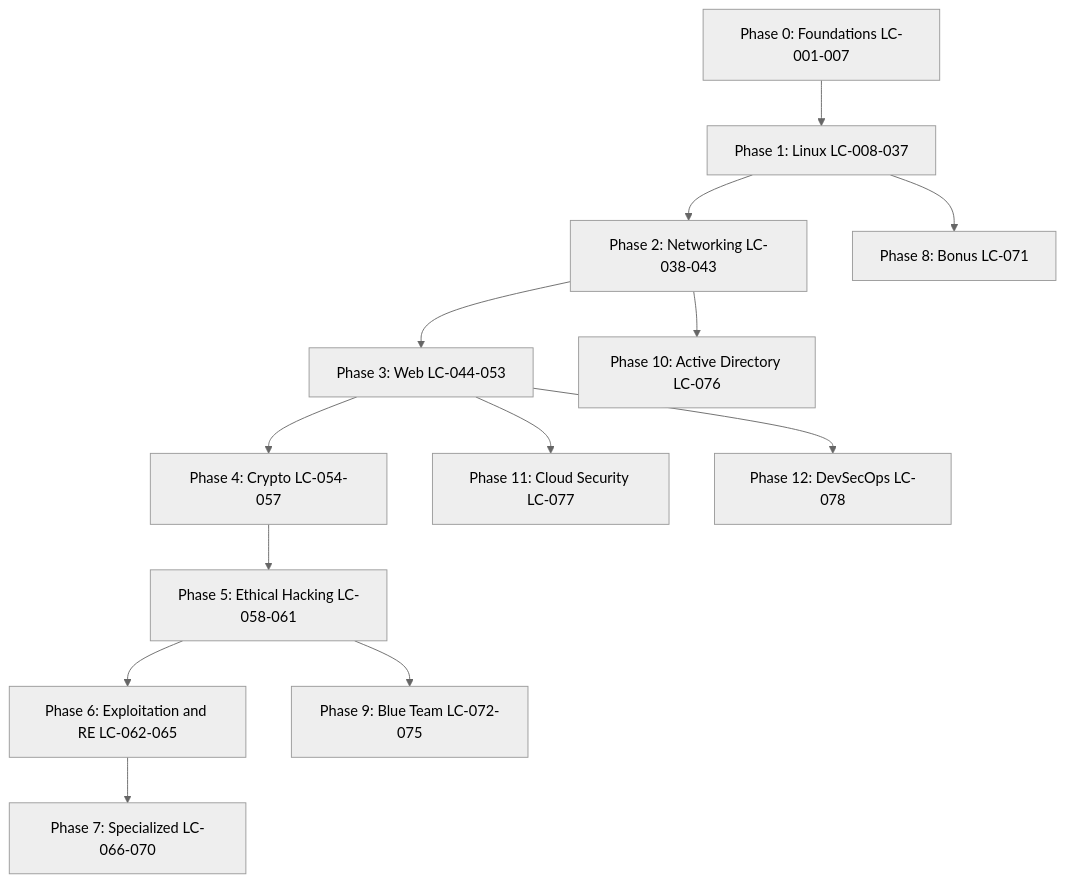
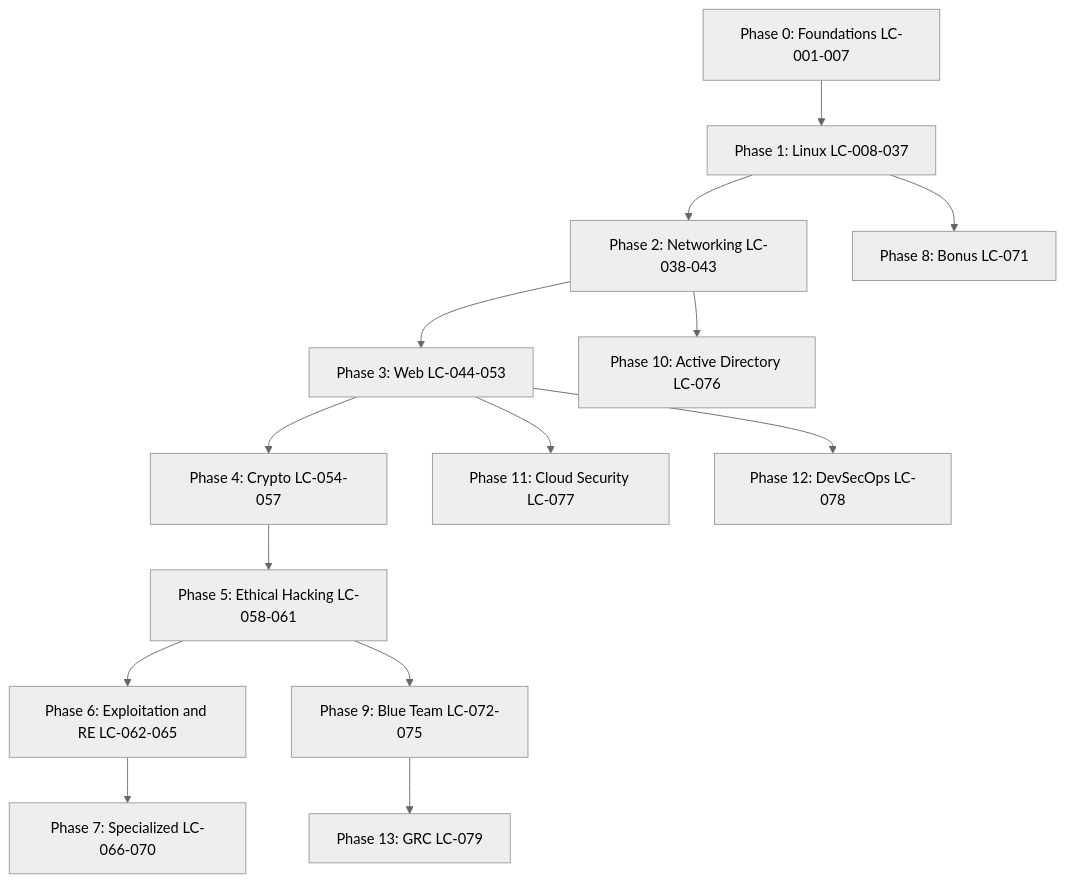
One commit to Kodokthegr3at/Zero2Root changed the diagram in ROADMAP.md. Above: the diagram before and after it, drawn with Mermaid (neutral theme). The commit also changed other lines of this file and 16 other files, not shown here.

Commit message:
Add LC-079 GRC Fundamentals (id/en/ja) as Phase 13

````diff
--- a/ROADMAP.md
+++ b/ROADMAP.md
@@ -21,15 +21,16 @@
 ```mermaid
 flowchart TD
     P0[Phase 0: Foundations LC-001-007] --> P1[Phase 1: Linux LC-008-037]
     P1 --> P2[Phase 2: Networking LC-038-043]
     P2 --> P3[Phase 3: Web LC-044-053]
     P3 --> P4[Phase 4: Crypto LC-054-057]
     P4 --> P5[Phase 5: Ethical Hacking LC-058-061]
     P5 --> P6[Phase 6: Exploitation and RE LC-062-065]
     P6 --> P7[Phase 7: Specialized LC-066-070]
     P1 --> P8[Phase 8: Bonus LC-071]
     P5 --> P9[Phase 9: Blue Team LC-072-075]
     P2 --> P10[Phase 10: Active Directory LC-076]
     P3 --> P11[Phase 11: Cloud Security LC-077]
     P3 --> P12[Phase 12: DevSecOps LC-078]
+    P9 --> P13[Phase 13: GRC LC-079]
 ```
````
